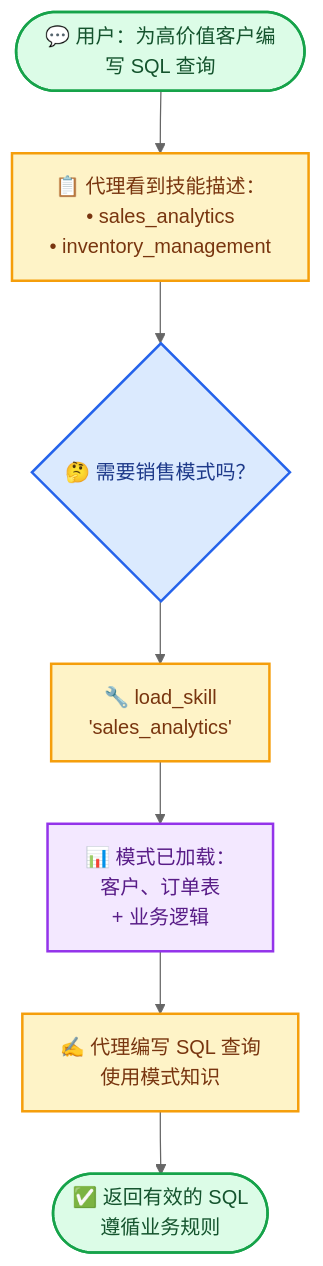
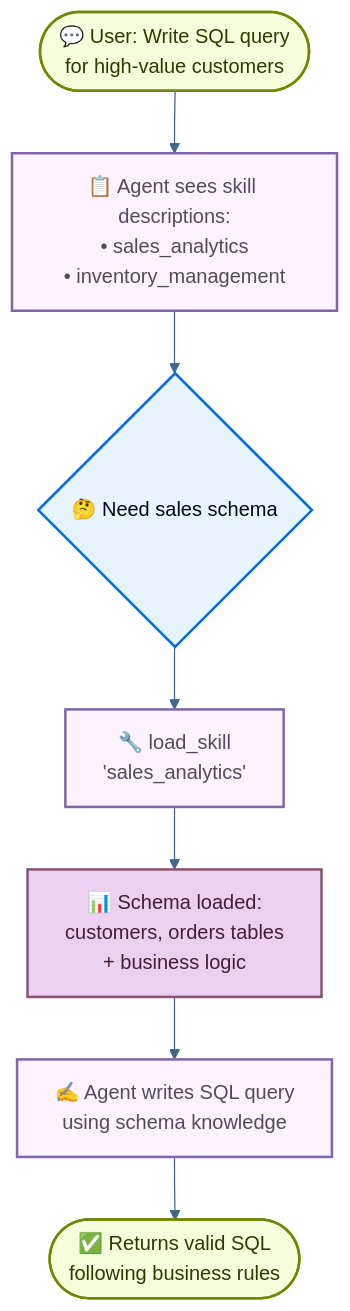
One commit to kunfan96/cndocs-langchain changed the diagram in oss/python/langchain/multi-agent/skills-sql-assistant.mdx. Above: the diagram before and after it, drawn with Mermaid. The commit also changed other lines of this file and 2538 other files, not shown here.

````diff
--- a/oss/python/langchain/multi-agent/skills-sql-assistant.mdx
+++ b/oss/python/langchain/multi-agent/skills-sql-assistant.mdx
@@ -27,26 +27,26 @@
 ```mermaid
-%%{init: {'theme':'base', 'themeVariables': { 'primaryColor':'#4CAF50','primaryTextColor':'#fff','primaryBorderColor':'#2E7D32','lineColor':'#666','secondaryColor':'#FF9800','tertiaryColor':'#2196F3','tertiaryBorderColor':'#1565C0','tertiaryTextColor':'#fff'}}}%%
+%%{init: {'theme':'base', 'themeVariables': { 'primaryColor':'#E5F4FF','primaryTextColor':'#030710','primaryBorderColor':'#006DDD','lineColor':'#40668D','secondaryColor':'#F6FFDB','tertiaryColor':'#FDF3FF','tertiaryBorderColor':'#7E65AE','tertiaryTextColor':'#504B5F'}}}%%
 flowchart TD
-    Start([💬 用户：为高价值客户编写 SQL 查询]) --> SystemPrompt[📋 代理看到技能描述：<br/>• sales_analytics<br/>• inventory_management]
+    Start([💬 User: Write SQL query<br/>for high-value customers]) --> SystemPrompt[📋 Agent sees skill descriptions:<br/>• sales_analytics<br/>• inventory_management]
 
-    SystemPrompt --> Decide{🤔 需要销售模式吗？}
+    SystemPrompt --> Decide{🤔 Need sales schema}
 
     Decide --> LoadSkill[🔧 load_skill<br/>'sales_analytics']
 
-    LoadSkill --> Schema[📊 模式已加载：<br/>客户、订单表<br/>+ 业务逻辑]
+    LoadSkill --> Schema[📊 Schema loaded:<br/>customers, orders tables<br/>+ business logic]
 
-    Schema --> WriteQuery[✍️ 代理编写 SQL 查询<br/>使用模式知识]
+    Schema --> WriteQuery[✍️ Agent writes SQL query<br/>using schema knowledge]
 
-    WriteQuery --> Response([✅ 返回有效的 SQL<br/>遵循业务规则])
+    WriteQuery --> Response([✅ Returns valid SQL<br/>following business rules])
 
-    %% 为浅色和深色模式设置样式
-    classDef startEnd fill:#DCFCE7,stroke:#16A34A,stroke-width:2px,color:#14532D
-    classDef process fill:#FEF3C7,stroke:#F59E0B,stroke-width:2px,color:#78350F
-    classDef decision fill:#DBEAFE,stroke:#2563EB,stroke-width:2px,color:#1E3A8A
-    classDef enrichment fill:#F3E8FF,stroke:#9333EA,stroke-width:2px,color:#581C87
+    %% Styling for light and dark modes
+    classDef startEnd fill:#F6FFDB,stroke:#6E8900,stroke-width:2px,color:#2E3900
+    classDef process fill:#FDF3FF,stroke:#7E65AE,stroke-width:2px,color:#504B5F
+    classDef decision fill:#E5F4FF,stroke:#006DDD,stroke-width:2px,color:#030710
+    classDef enrichment fill:#EBD0F0,stroke:#885270,stroke-width:2px,color:#441E33
 
     class Start,Response startEnd
     class SystemPrompt,LoadSkill,WriteQuery process
     class Decide decision
     class Schema enrichment
 ```
````
